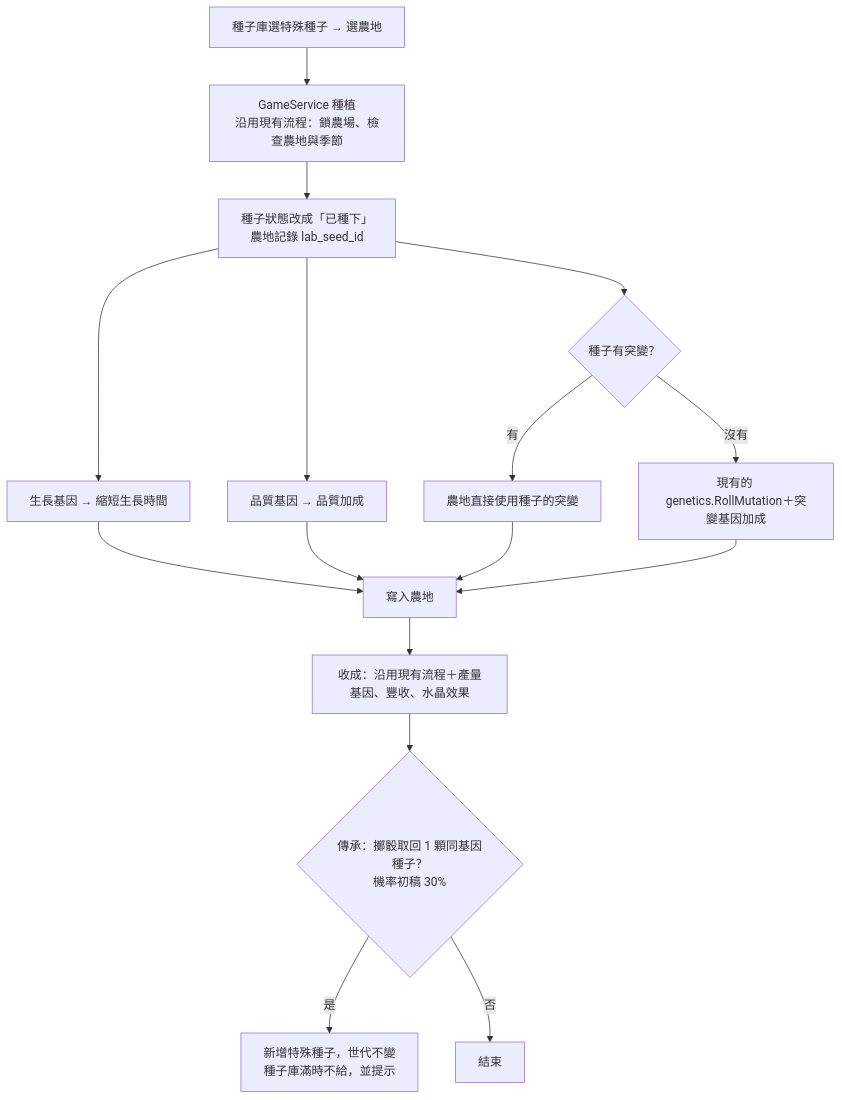
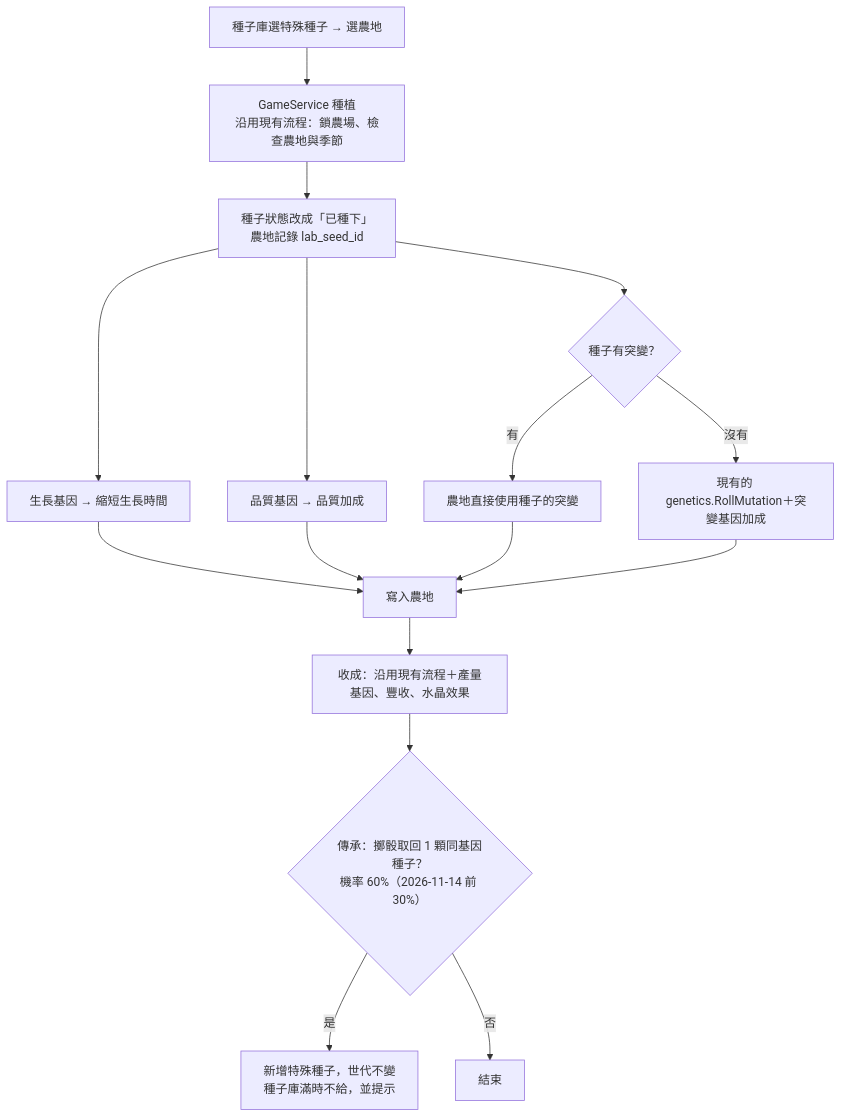
Before and after one commit to kurumicute/farmgo: the seventh of 8 diagrams in 種子實驗室流程圖.md, drawn with Mermaid. The commit also changed other lines of this file and 23 other files, not shown here.

````diff
--- a/種子實驗室流程圖.md
+++ b/種子實驗室流程圖.md
@@ -214,15 +214,15 @@
 ```mermaid
 flowchart TD
     A[種子庫選特殊種子 → 選農地] --> B[GameService 種植<br/>沿用現有流程：鎖農場、檢查農地與季節]
     B --> C[種子狀態改成「已種下」<br/>農地記錄 lab_seed_id]
     C --> D[生長基因 → 縮短生長時間]
     C --> E[品質基因 → 品質加成]
     C --> F{種子有突變？}
     F -- 有 --> F1[農地直接使用種子的突變]
     F -- 沒有 --> F2[現有的 genetics.RollMutation＋突變基因加成]
     D & E & F1 & F2 --> G[寫入農地]
     G --> H[收成：沿用現有流程＋產量基因、豐收、水晶效果]
-    H --> I{傳承：擲骰取回 1 顆同基因種子？<br/>機率初稿 30%}
+    H --> I{傳承：擲骰取回 1 顆同基因種子？<br/>機率 60%（2026-11-14 前 30%）}
     I -- 是 --> J[新增特殊種子，世代不變<br/>種子庫滿時不給，並提示]
     I -- 否 --> K[結束]
 ```
````
